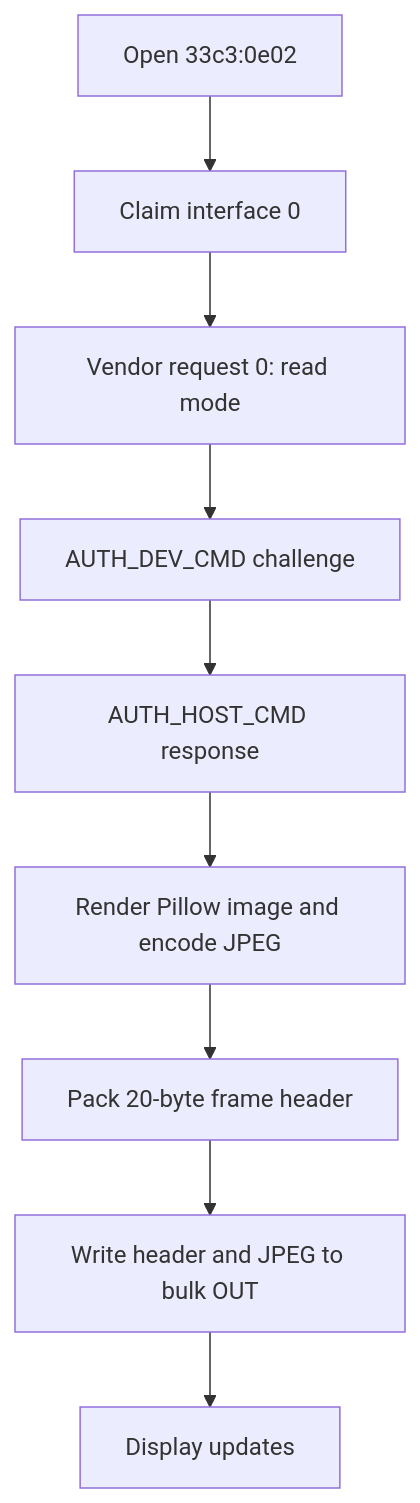
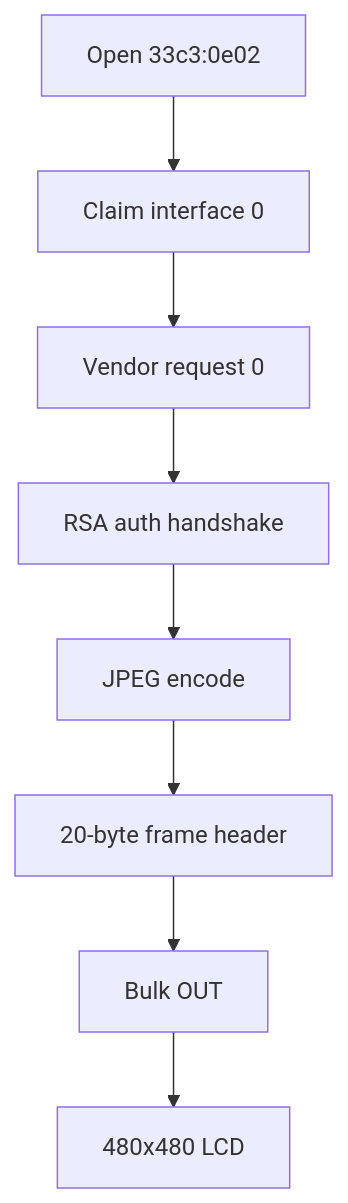
Before and after one commit to PolybiusPro/MSI-P13-Display: the diagram in docs/en/protocol.md, drawn with Mermaid. The commit also changed other lines of this file and 31 other files, not shown here.

````diff
--- a/docs/en/protocol.md
+++ b/docs/en/protocol.md
@@ -153,11 +84,10 @@
 ```mermaid
 flowchart TD
     Open[Open 33c3:0e02] --> Claim[Claim interface 0]
-    Claim --> Params[Vendor request 0: read mode]
-    Params --> Auth1[AUTH_DEV_CMD challenge]
-    Auth1 --> Auth2[AUTH_HOST_CMD response]
-    Auth2 --> Encode[Render Pillow image and encode JPEG]
-    Encode --> Header[Pack 20-byte frame header]
-    Header --> Bulk[Write header and JPEG to bulk OUT]
-    Bulk --> LCD[Display updates]
+    Claim --> Params[Vendor request 0]
+    Params --> Auth[RSA auth handshake]
+    Auth --> Encode[JPEG encode]
+    Encode --> Header[20-byte frame header]
+    Header --> Bulk[Bulk OUT]
+    Bulk --> LCD[480x480 LCD]
 ```
````
